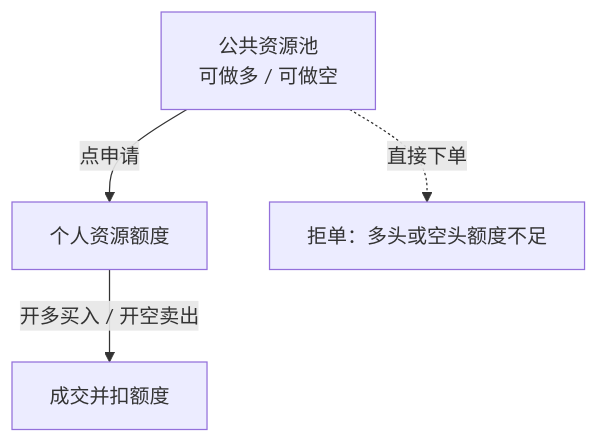
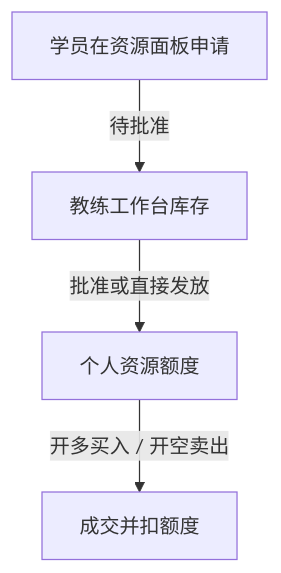
The second of 2 diagrams in docs/trade/t0-sim-exam-guide.zh.md (linginchi/tradelovin), drawn with Mermaid before and after one commit. The commit also changed other lines of this file and 44 other files, not shown here.

````diff
--- a/docs/trade/t0-sim-exam-guide.zh.md
+++ b/docs/trade/t0-sim-exam-guide.zh.md
@@ -51,6 +50,6 @@
 ```mermaid
 flowchart TD
-  pool["公共资源池\n可做多 / 可做空"] -->|"点申请"| personal["个人资源额度"]
+  coach["教练工作台库存"] -->|"批准或直接发放"| personal["个人资源额度"]
+  student["学员在资源面板申请"] -->|"待批准"| coach
   personal -->|"开多买入 / 开空卖出"| fill[成交并扣额度]
-  pool -.->|"直接下单"| reject["拒单：多头或空头额度不足"]
 ```
````
